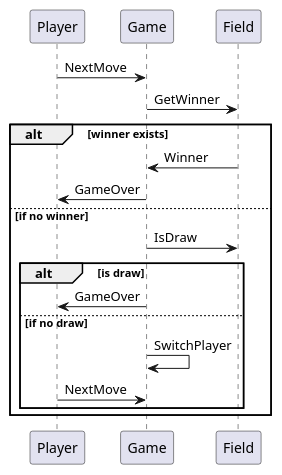
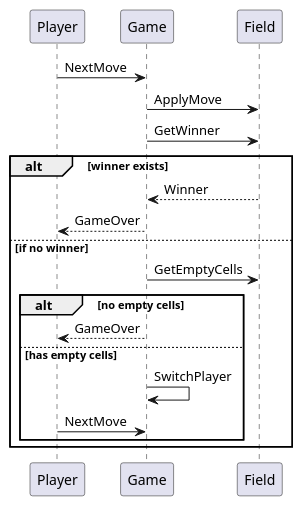
Before and after one commit to Gotcha7770/TicTacToe: the diagram in Diagrams/game-process.puml, drawn with PlantUML. The commit also changed 1 other file, not shown here.

Commit message:
fixed diagrams

```diff
--- a/Diagrams/game-process.puml
+++ b/Diagrams/game-process.puml
@@ -1,24 +1,25 @@
 @startuml
 'https://plantuml.com/ru/sequence-diagram
 
 Player -> Game : NextMove
+Game -> Field : ApplyMove
 Game -> Field : GetWinner
 
 alt winner exists
 
-    Field -> Game: Winner
-    Game -> Player : GameOver
+    Field --> Game: Winner
+    Game --> Player : GameOver
 
 else if no winner
     
-    Game -> Field : IsDraw
-    alt is draw
-        Game -> Player : GameOver
-    else if no draw
+    Game -> Field : GetEmptyCells
+    alt no empty cells
+        Game --> Player : GameOver
+    else has empty cells
         Game -> Game : SwitchPlayer
         Player -> Game : NextMove
     end
     
 end
  
 @enduml
```
